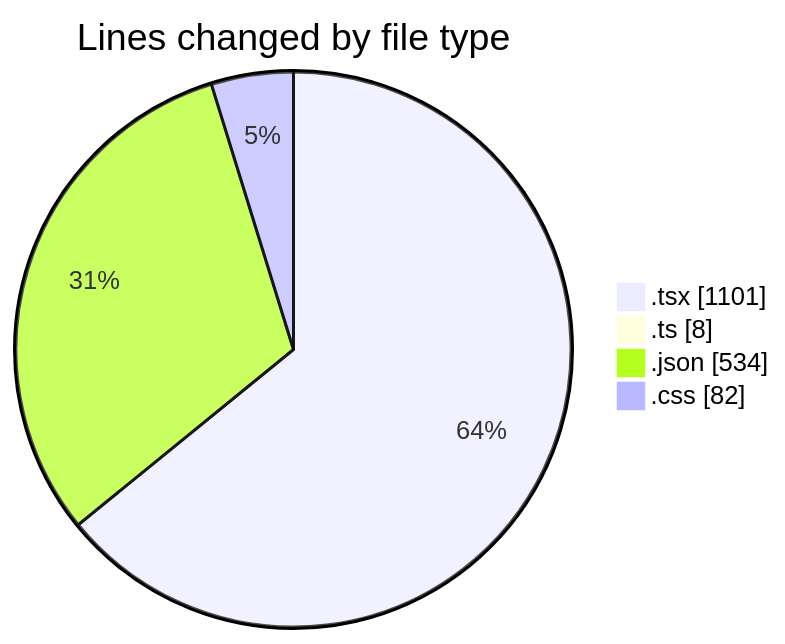
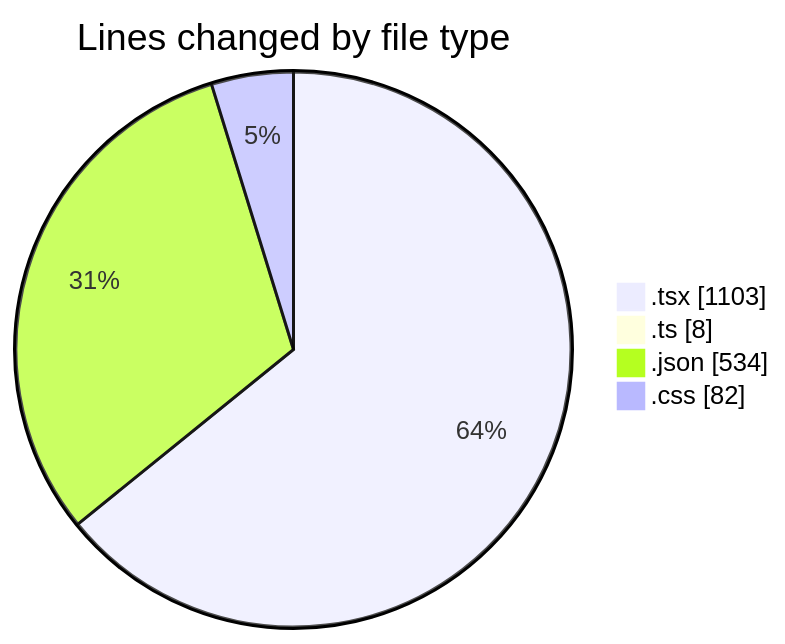
Before and after one commit to EIIisD/code-tracking: the first of 2 diagrams in 2025-08-02/tw-server/README.md, drawn with Mermaid. The commit also changed other lines of this file and 1 other file, not shown here.

````diff
--- a/2025-08-02/tw-server/README.md
+++ b/2025-08-02/tw-server/README.md
@@ -25,8 +25,8 @@
 ```mermaid
 pie showData
 title Lines changed by file type
-".tsx" : 1101
+".tsx" : 1103
 ".ts" : 8
 ".json" : 534
 ".css" : 82
 ```
````
